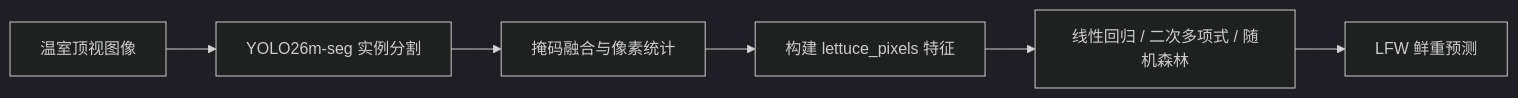
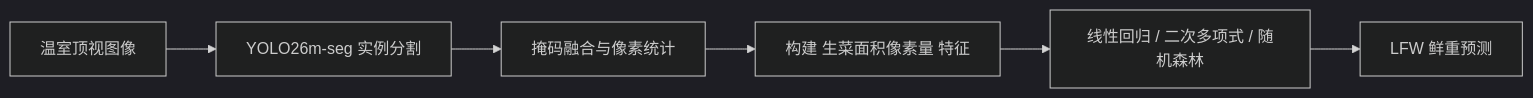
One commit to sanbei101/lettuce-ppt changed the diagram in slides.md. Above: the diagram before and after it, drawn with Mermaid (dark theme). The commit also changed other lines of this file and 7 other files, not shown here.

````diff
--- a/slides.md
+++ b/slides.md
@@ -134,8 +115,8 @@
 ```mermaid
 flowchart LR
   A[温室顶视图像] --> B[YOLO26m-seg 实例分割]
   B --> C[掩码融合与像素统计]
-  C --> D[构建 lettuce_pixels 特征]
+  C --> D[构建 生菜面积像素量 特征]
   D --> E[线性回归 / 二次多项式 / 随机森林]
   E --> F[LFW 鲜重预测]
 ```
````
